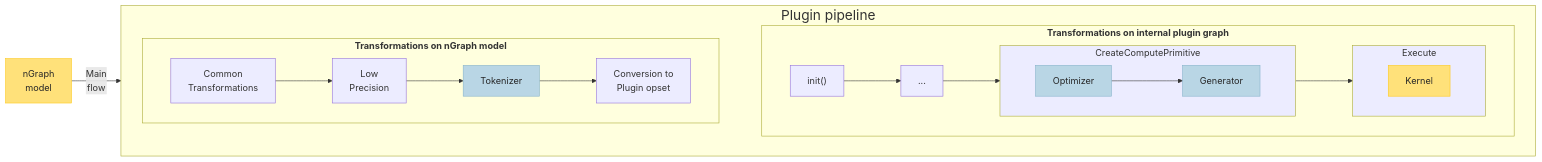
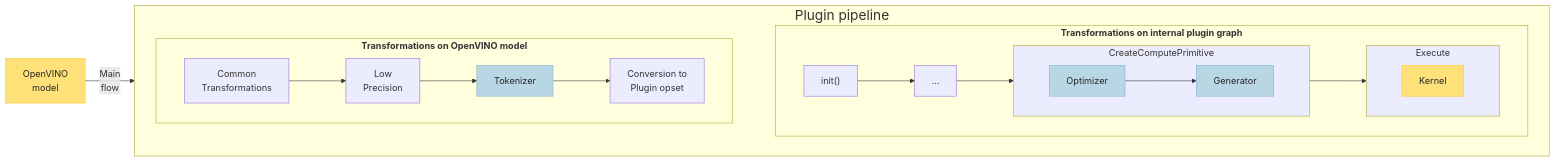
Before and after one commit to openvinotoolkit/openvino: the eighth of 12 diagrams in src/common/snippets/docs/snippets_design_guide.md, drawn with Mermaid. The commit also changed other lines of this file and 37 other files, not shown here.

````diff
--- a/src/common/snippets/docs/snippets_design_guide.md
+++ b/src/common/snippets/docs/snippets_design_guide.md
@@ -279,39 +279,39 @@
 ```mermaid
  graph LR
    subgraph Plugin[<font size=+2> Plugin pipeline </font>]
     direction LR
-    subgraph ngraph[<b> Transformations on nGraph model </b>]
+    subgraph openvino[<b> Transformations on OpenVINO model </b>]
         direction LR
         common[Common \n Transformations]
         lpt[Low \n Precision]
         tokenize[Tokenizer]
         convert[Conversion to \n Plugin opset]
         common-->lpt-->tokenize-->convert
     end
     subgraph internal[<b> Transformations on internal plugin graph </b>]
          direction LR
          init["init()"]
          subgraph create["CreateComputePrimitive"]
             direction LR
             optimize[Optimizer]
             generate[Generator]
             optimize-->generate
          end
          subgraph execute["Execute"]
             direction LR
             Executable[Kernel]
          end
          init-->etc[...]-->create
          create-->execute
     end
    end
-   Source[nGraph \n model]-->|Main \n flow|common
+   Source[OpenVINO \n model]-->|Main \n flow|common
    convert~~~internal
 classDef no-bg-color fill:none,stroke-width:0px
 classDef steel1 fill:#B9D6E5, stroke: #86B3CA, color: #262626
 classDef daisy1 fill:#FFE17A, stroke: #FEC91B, color: #262626
 classDef dafault_node1 fill:#ECECFF
 class tokenize,optimize,generate steel1
 class Source,Executable daisy1
 class create,execute dafault_node1
 ```
````
